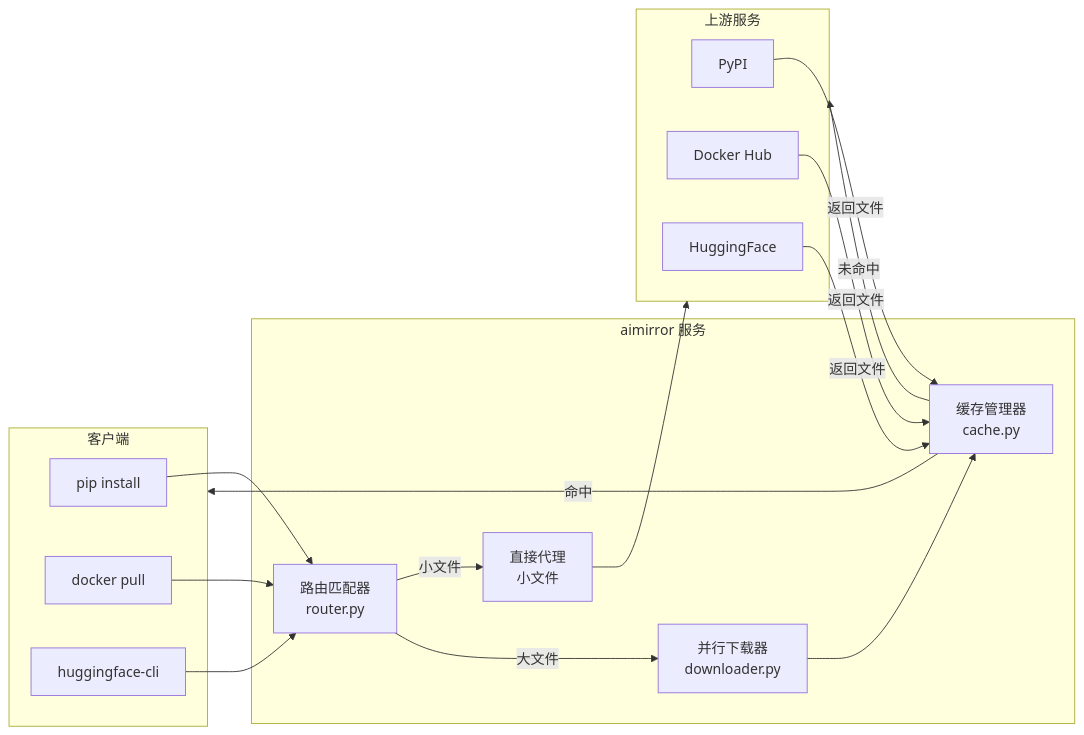
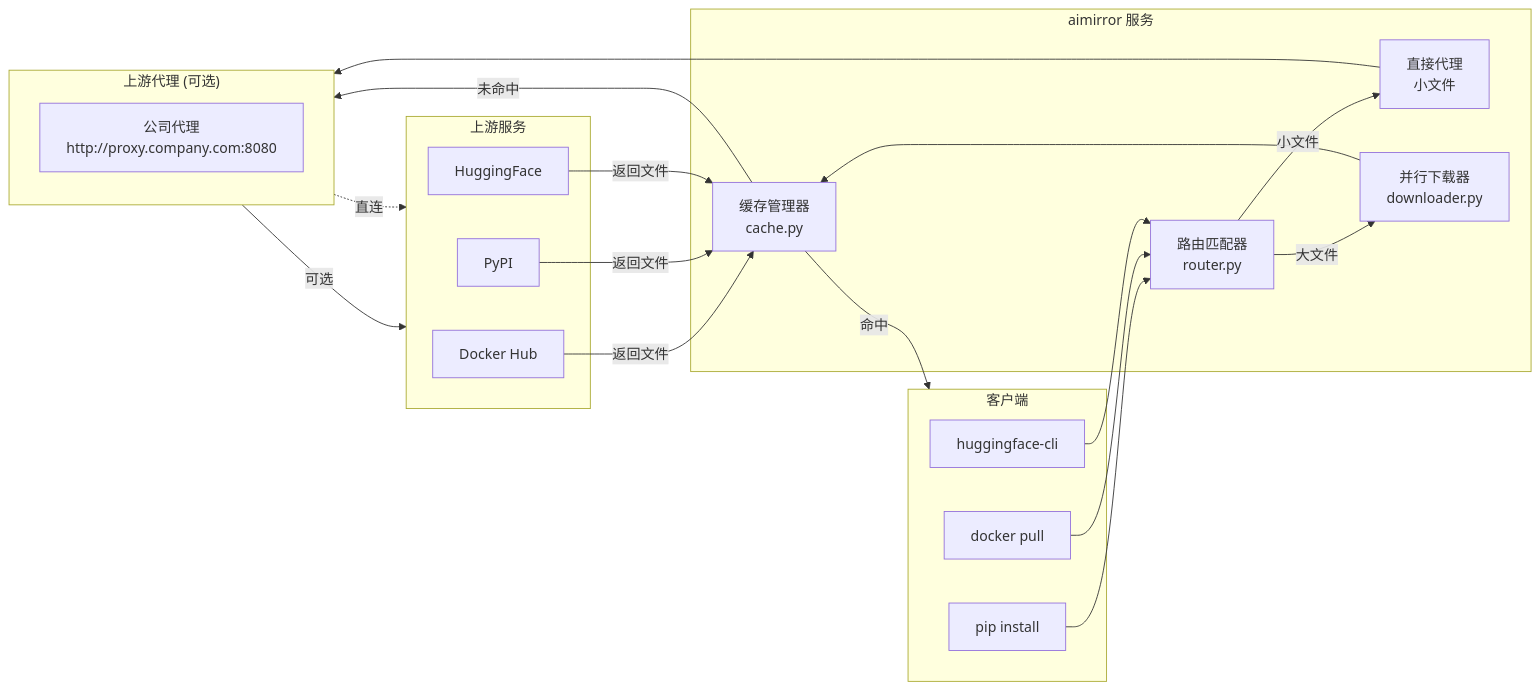
One commit to livehl/aimirror changed the diagram in README.md. Above: the diagram before and after it, drawn with Mermaid. The commit also changed other lines of this file and 6 other files, not shown here.

````diff
--- a/README.md
+++ b/README.md
@@ -30,37 +30,44 @@
 ```mermaid
 flowchart LR
     subgraph Client["客户端"]
         PIP[pip install]
         DOCKER[docker pull]
         HF[huggingface-cli]
     end
 
     subgraph aimirror["aimirror 服务"]
         ROUTER[路由匹配器<br/>router.py]
         PROXY[直接代理<br/>小文件]
         DOWNLOADER[并行下载器<br/>downloader.py]
         CACHE[缓存管理器<br/>cache.py]
     end
 
+    subgraph UpstreamProxy["上游代理 (可选)"]
+        COMPANY_PROXY[公司代理<br/>http://proxy.company.com:8080]
+    end
+
     subgraph Upstream["上游服务"]
         PYPI[PyPI]
         DOCKER_HUB[Docker Hub]
         HF_HUB[HuggingFace]
     end
 
     PIP --> ROUTER
     DOCKER --> ROUTER
     HF --> ROUTER
 
     ROUTER -->|小文件| PROXY
     ROUTER -->|大文件| DOWNLOADER
 
-    PROXY --> Upstream
+    PROXY --> UpstreamProxy
     DOWNLOADER --> CACHE
-    CACHE -->|未命中| Upstream
+    CACHE -->|未命中| UpstreamProxy
     CACHE -->|命中| Client
+
+    UpstreamProxy -->|可选| Upstream
+    UpstreamProxy -.->|直连| Upstream
 
     DOCKER_HUB -->|返回文件| CACHE
     PYPI -->|返回文件| CACHE
     HF_HUB -->|返回文件| CACHE
 ```
````
